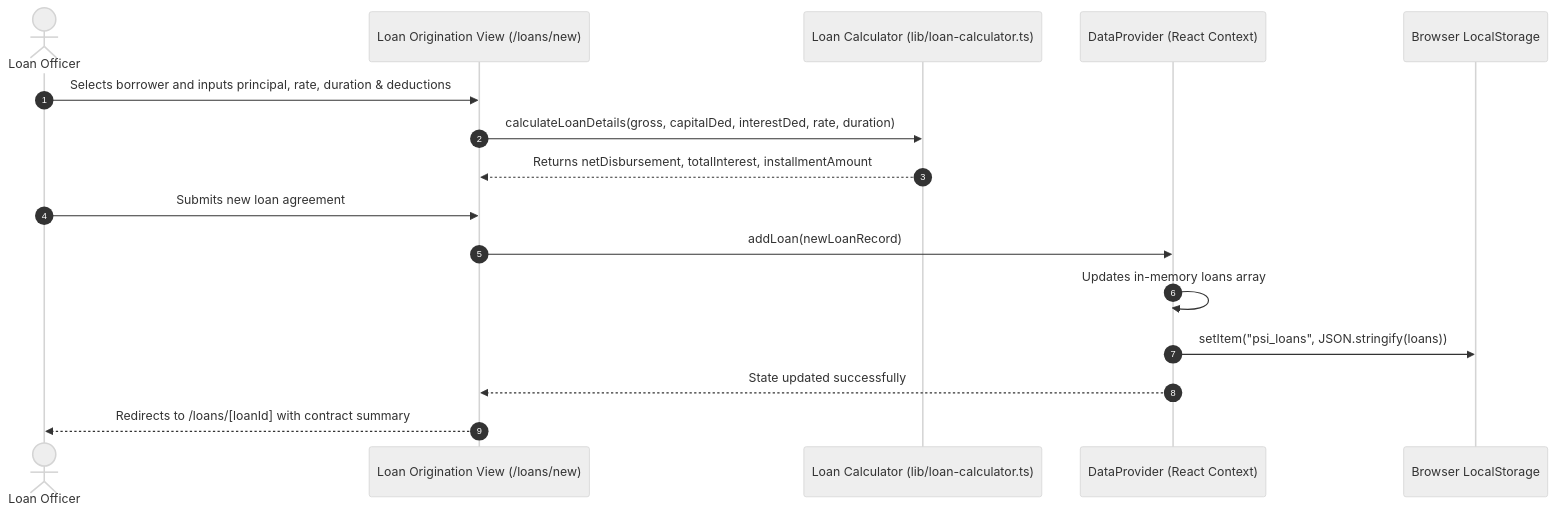
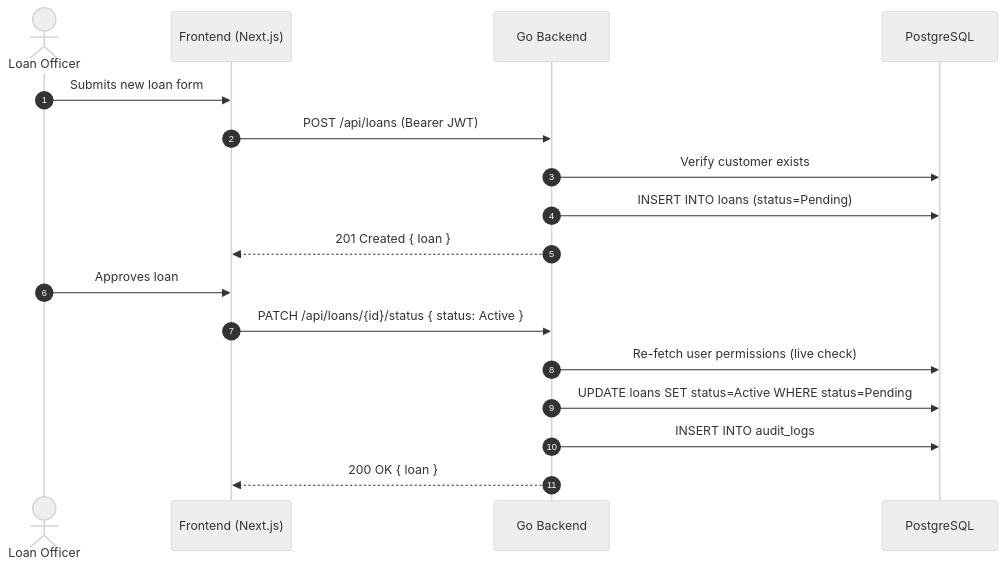
Before and after one commit to Perfect-Solution-International/Loan-management-system: the second of 4 diagrams in README.md, drawn with Mermaid (neutral theme). The commit also changed other lines of this file, not shown here.

````diff
--- a/README.md
+++ b/README.md
@@ -228,19 +197,21 @@
 ```mermaid
 sequenceDiagram
     autonumber
     actor Officer as Loan Officer
-    participant UI as Loan Origination View (/loans/new)
-    participant Calc as Loan Calculator (lib/loan-calculator.ts)
-    participant Context as DataProvider (React Context)
-    participant Storage as Browser LocalStorage
+    participant UI as Frontend (Next.js)
+    participant API as Go Backend
+    participant DB as PostgreSQL
 
-    Officer->>UI: Selects borrower and inputs principal, rate, duration & deductions
-    UI->>Calc: calculateLoanDetails(gross, capitalDed, interestDed, rate, duration)
-    Calc-->>UI: Returns netDisbursement, totalInterest, installmentAmount
-    Officer->>UI: Submits new loan agreement
-    UI->>Context: addLoan(newLoanRecord)
-    Context->>Context: Updates in-memory loans array
-    Context->>Storage: setItem("psi_loans", JSON.stringify(loans))
-    Context-->>UI: State updated successfully
-    UI-->>Officer: Redirects to /loans/[loanId] with contract summary
+    Officer->>UI: Submits new loan form
+    UI->>API: POST /api/loans (Bearer JWT)
+    API->>DB: Verify customer exists
+    API->>DB: INSERT INTO loans (status=Pending)
+    API-->>UI: 201 Created { loan }
+
+    Officer->>UI: Approves loan
+    UI->>API: PATCH /api/loans/{id}/status { status: Active }
+    API->>DB: Re-fetch user permissions (live check)
+    API->>DB: UPDATE loans SET status=Active WHERE status=Pending
+    API->>DB: INSERT INTO audit_logs
+    API-->>UI: 200 OK { loan }
 ```
````
